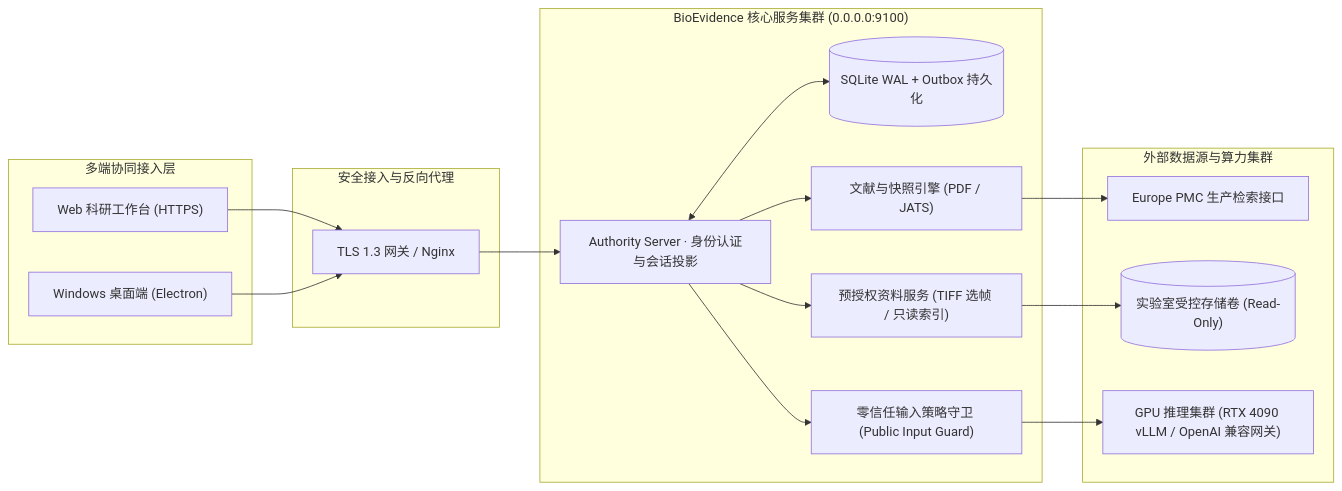
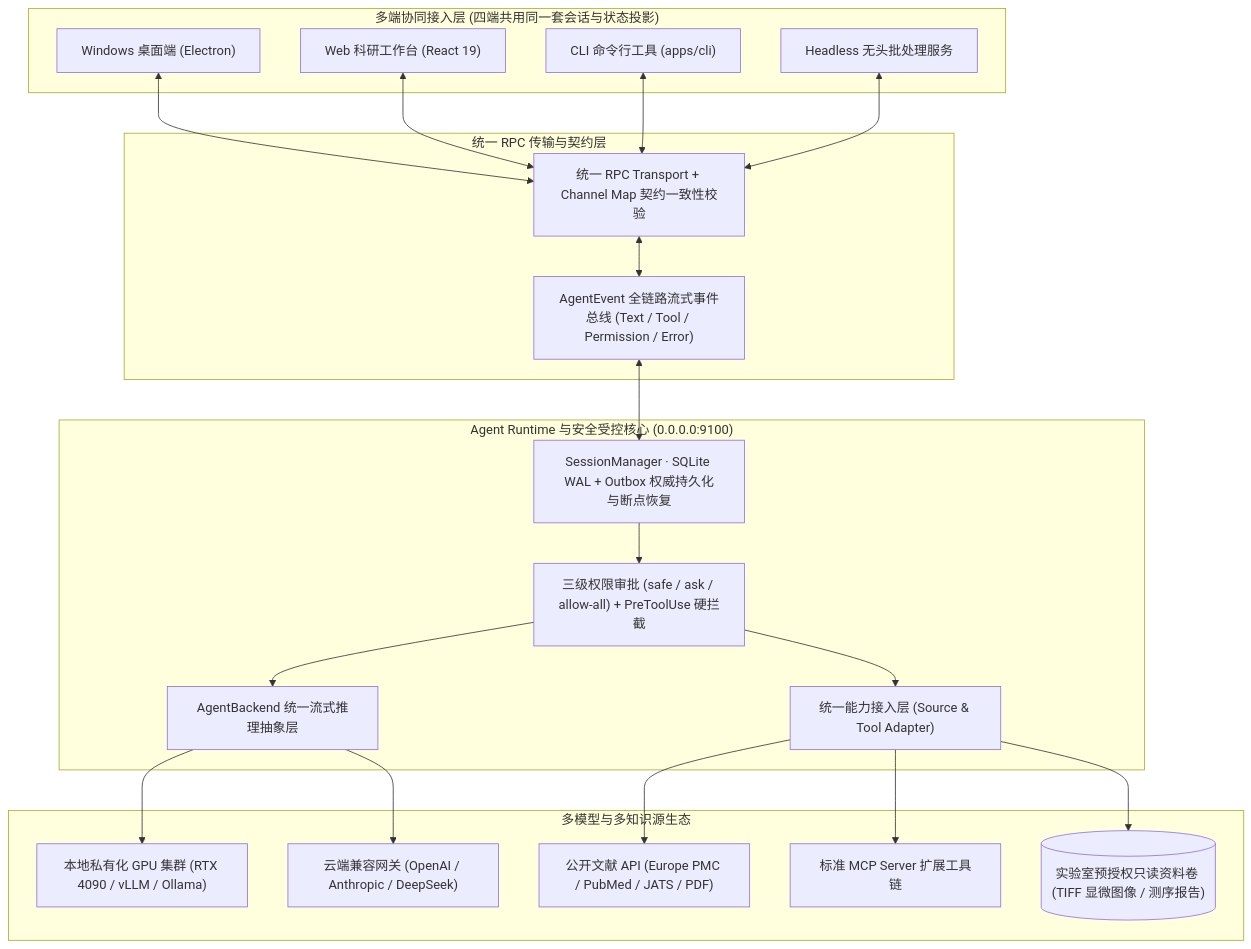
The diagram in README.md (gtdd123/bio-evidence), drawn with Mermaid before and after one commit. The commit also changed other lines of this file and 2 other files, not shown here.

Commit message:
docs(release): align architecture & evaluation docs with v1.0.0 release

````diff
--- a/README.md
+++ b/README.md
@@ -43,36 +25,38 @@
 ```mermaid
-flowchart LR
-    subgraph Clients["多端协同接入层"]
-        W["Web 科研工作台 (HTTPS)"]
+flowchart TB
+    subgraph Clients["多端协同接入层 (四端共用同一套会话与状态投影)"]
         D["Windows 桌面端 (Electron)"]
+        W["Web 科研工作台 (React 19)"]
+        C["CLI 命令行工具 (apps/cli)"]
+        H["Headless 无头批处理服务"]
     end
 
-    subgraph Gateway["安全接入与反向代理"]
-        N["TLS 1.3 网关 / Nginx"]
+    subgraph Transport["统一 RPC 传输与契约层"]
+        RPC["统一 RPC Transport + Channel Map 契约一致性校验"]
+        EVT["AgentEvent 全链路流式事件总线 (Text / Tool / Permission / Error)"]
     end
 
-    subgraph Core["BioEvidence 核心服务集群 (0.0.0.0:9100)"]
-        S["Authority Server · 身份认证与会话投影"]
-        DB[("SQLite WAL + Outbox 持久化")]
-        L["文献与快照引擎 (PDF / JATS)"]
-        M["预授权资料服务 (TIFF 选帧 / 只读索引)"]
-        G["零信任输入策略守卫 (Public Input Guard)"]
+    subgraph Runtime["Agent Runtime 与安全受控核心 (0.0.0.0:9100)"]
+        SM["SessionManager · SQLite WAL + Outbox 权威持久化与断点恢复"]
+        GUARD["三级权限审批 (safe / ask / allow-all) + PreToolUse 硬拦截"]
+        AB["AgentBackend 统一流式推理抽象层"]
+        CONN["统一能力接入层 (Source & Tool Adapter)"]
     end
 
-    subgraph External["外部数据源与算力集群"]
-        EPMC["Europe PMC 生产检索接口"]
-        LAB[("实验室受控存储卷 (Read-Only)")]
-        LLM["GPU 推理集群 (RTX 4090 vLLM / OpenAI 兼容网关)"]
+    subgraph Backends["多模型与多知识源生态"]
+        LLM_LOCAL["本地私有化 GPU 集群 (RTX 4090 / vLLM / Ollama)"]
+        LLM_CLOUD["云端兼容网关 (OpenAI / Anthropic / DeepSeek)"]
+        SRC_EPMC["公开文献 API (Europe PMC / PubMed / JATS / PDF)"]
+        SRC_MCP["标准 MCP Server 扩展工具链"]
+        SRC_LAB[("实验室预授权只读资料卷 (TIFF 显微图像 / 测序报告)")]
     end
 
-    W --> N
-    D --> N
-    N --> S
-    S <--> DB
-    S --> L
-    L --> EPMC
-    S --> M
-    M --> LAB
-    S --> G
-    G --> LLM
+    D & W & C & H <--> RPC
+    RPC <--> EVT
+    EVT <--> SM
+    SM --> GUARD
+    GUARD --> AB
+    GUARD --> CONN
+    AB --> LLM_LOCAL & LLM_CLOUD
+    CONN --> SRC_EPMC & SRC_MCP & SRC_LAB
 ```
````
